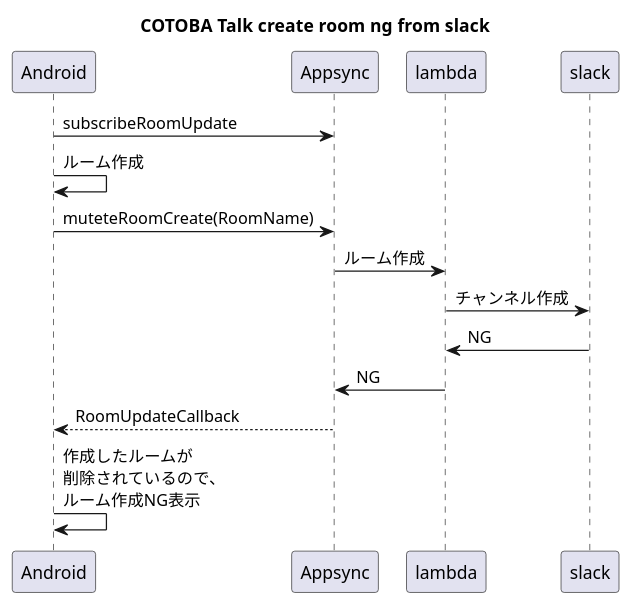
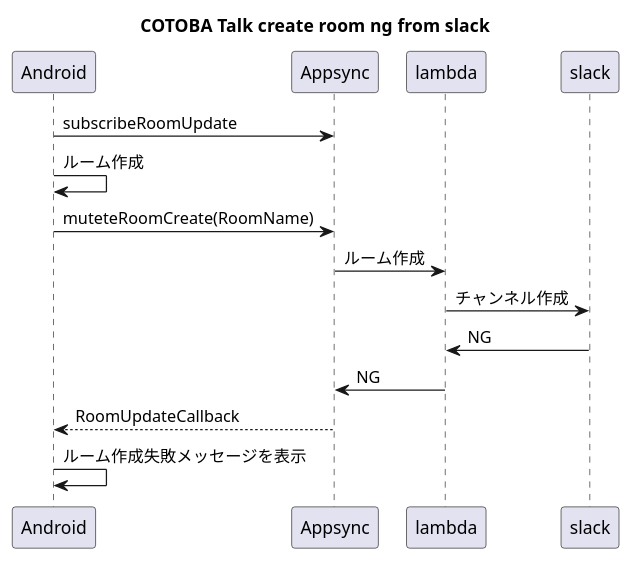
Before and after one commit to TsuyoshiGoto/UML: the diagram in cotoba_talk/sequence/20210513_createroom_ng.wsd, drawn with PlantUML. The commit also changed 7 other files, not shown here.

Commit message:
Update sequence dialog.

```diff
--- a/cotoba_talk/sequence/20210513_createroom_ng.wsd
+++ b/cotoba_talk/sequence/20210513_createroom_ng.wsd
@@ -1,15 +1,15 @@
 @startuml
 
 title COTOBA Talk create room ng from slack
 
 Android -> Appsync:subscribeRoomUpdate
 Android -> Android:ルーム作成
 Android -> Appsync:muteteRoomCreate(RoomName)
 Appsync -> lambda:ルーム作成
 lambda -> slack:チャンネル作成
 slack -> lambda:NG
 lambda -> Appsync:NG
 Appsync --> Android:RoomUpdateCallback
-Android -> Android:作成したルームが\n削除されているので、\nルーム作成NG表示
+Android -> Android:ルーム作成失敗メッセージを表示
 
 @enduml
```
